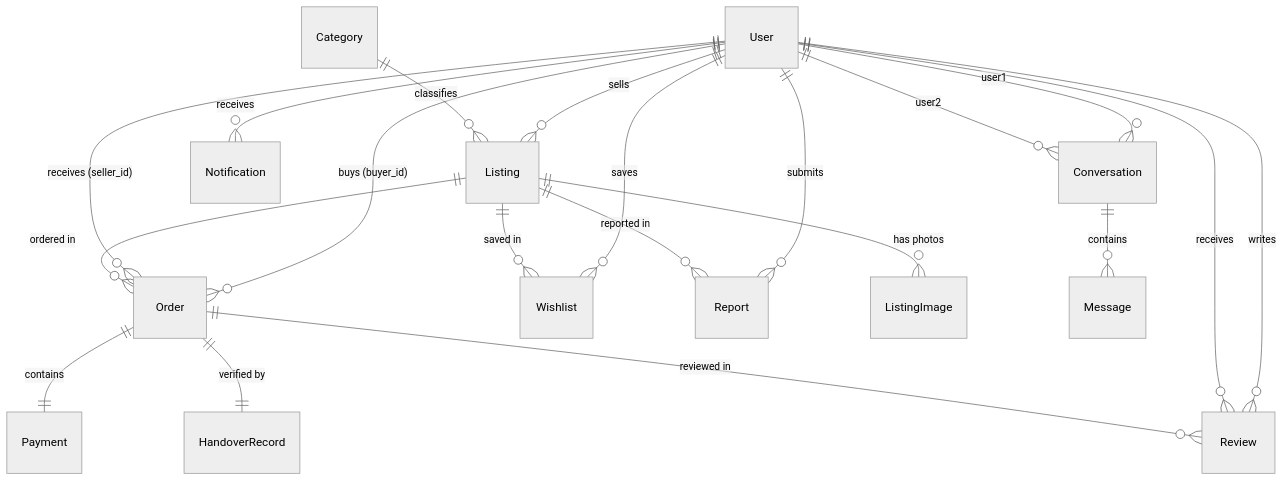
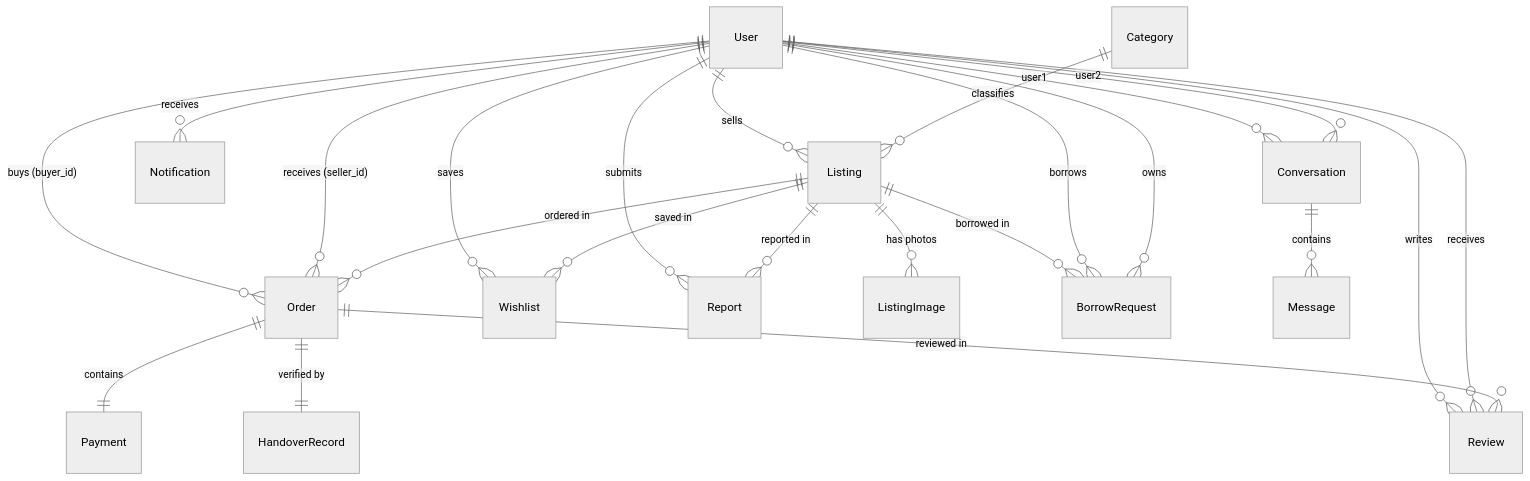
One commit to ashithambar/PassItOn-campus-edition changed the diagram in README.md. Above: the diagram before and after it, drawn with Mermaid (neutral theme). The commit also changed other lines of this file and 32 other files, not shown here.

````diff
--- a/README.md
+++ b/README.md
@@ -170,26 +181,29 @@
 ```mermaid
 erDiagram
     User ||--o{ Listing : "sells"
     User ||--o{ Order : "buys (buyer_id)"
     User ||--o{ Order : "receives (seller_id)"
     User ||--o{ Wishlist : "saves"
     User ||--o{ Notification : "receives"
     User ||--o{ Review : "writes"
     User ||--o{ Review : "receives"
     User ||--o{ Report : "submits"
     
     Category ||--o{ Listing : "classifies"
     
     Listing ||--o{ ListingImage : "has photos"
     Listing ||--o{ Order : "ordered in"
+    Listing ||--o{ BorrowRequest : "borrowed in"
+    User ||--o{ BorrowRequest : "borrows"
+    User ||--o{ BorrowRequest : "owns"
     Listing ||--o{ Wishlist : "saved in"
     Listing ||--o{ Report : "reported in"
     
     Order ||--|| Payment : "contains"
     Order ||--|| HandoverRecord : "verified by"
     Order ||--o{ Review : "reviewed in"
     
     Conversation ||--o{ Message : "contains"
     User ||--o{ Conversation : "user1"
     User ||--o{ Conversation : "user2"
 ```
````
